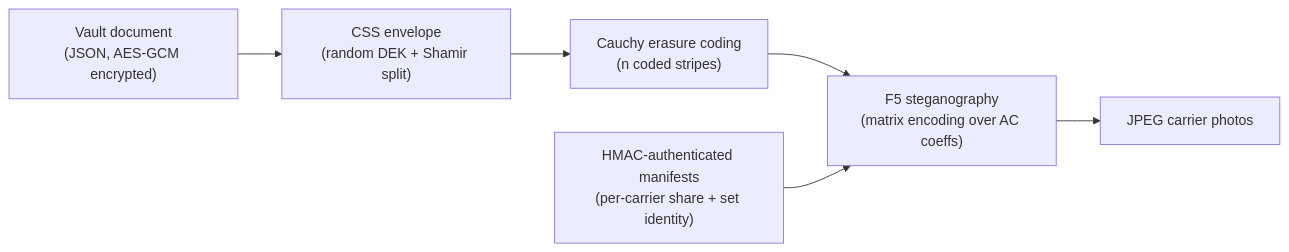
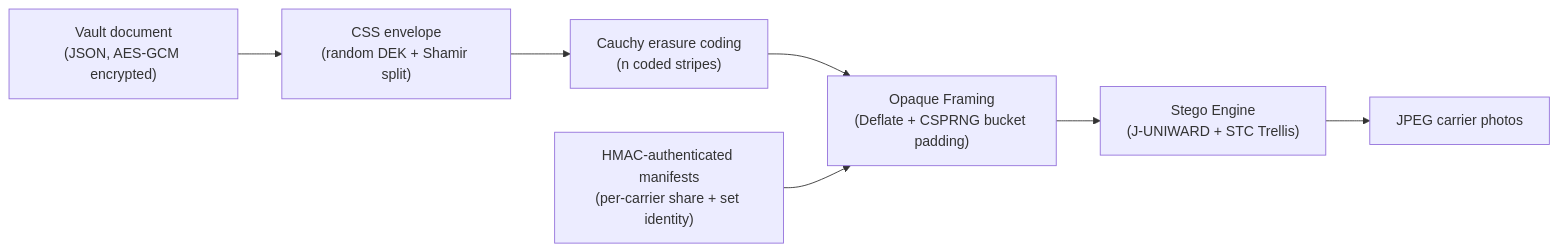
Before and after one commit to jessebeard/Ollie: the diagram in README.md, drawn with Mermaid. The commit also changed other lines of this file and 200 other files, not shown here.

````diff
--- a/README.md
+++ b/README.md
@@ -110,12 +119,13 @@
 ```mermaid
 flowchart LR
     DOC["Vault document<br/>(JSON, AES-GCM encrypted)"]
     SEAL["CSS envelope<br/>(random DEK + Shamir split)"]
     EC["Cauchy erasure coding<br/>(n coded stripes)"]
     MANIFEST["HMAC-authenticated manifests<br/>(per-carrier share + set identity)"]
-    F5["F5 steganography<br/>(matrix encoding over AC coeffs)"]
+    OPAQUE["Opaque Framing<br/>(Deflate + CSPRNG bucket padding)"]
+    STC["Stego Engine<br/>(J-UNIWARD + STC Trellis)"]
     CARRIER["JPEG carrier photos"]
 
-    DOC --> SEAL --> EC --> F5 --> CARRIER
-    MANIFEST --> F5
+    DOC --> SEAL --> EC --> OPAQUE --> STC --> CARRIER
+    MANIFEST --> OPAQUE
 ```
````
